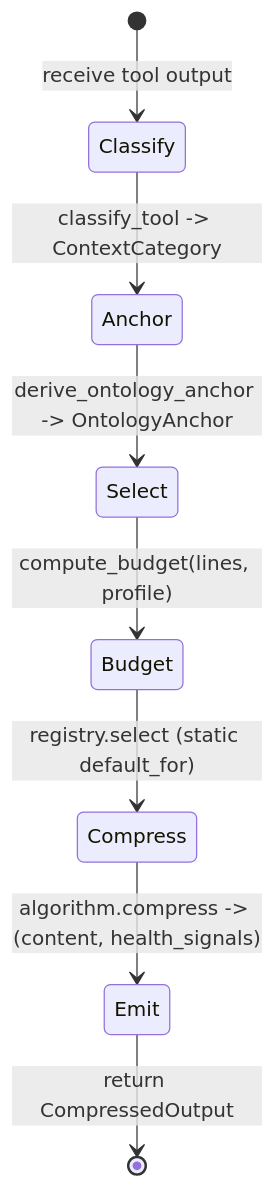
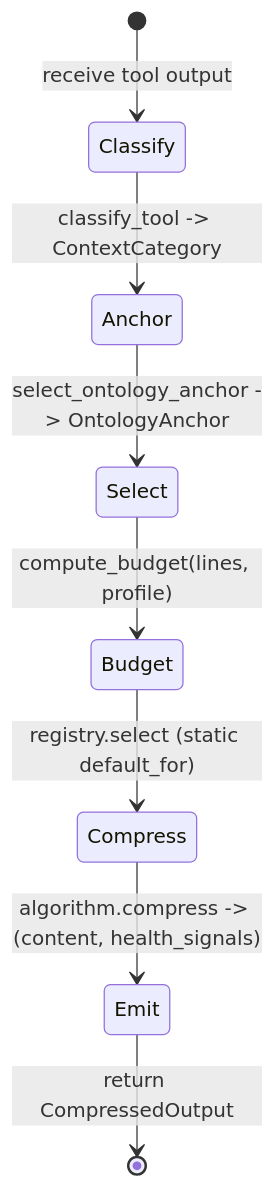
The diagram in kask/docs/diataxis/hkask-condenser/explanation.md (mdz-axo/zed-kask), drawn with Mermaid before and after one commit. The commit also changed other lines of this file and 41 other files, not shown here.

````diff
--- a/kask/docs/diataxis/hkask-condenser/explanation.md
+++ b/kask/docs/diataxis/hkask-condenser/explanation.md
@@ -54,10 +53,10 @@
 ```mermaid
 stateDiagram-v2
     [*] --> Classify: receive tool output
     Classify --> Anchor: classify_tool -> ContextCategory
-    Anchor --> Select: derive_ontology_anchor -> OntologyAnchor
+    Anchor --> Select: select_ontology_anchor -> OntologyAnchor
     Select --> Budget: compute_budget(lines, profile)
     Budget --> Compress: registry.select (static default_for)
     Compress --> Emit: algorithm.compress -> (content, health_signals)
     Emit --> [*]: return CompressedOutput
 ```
````
